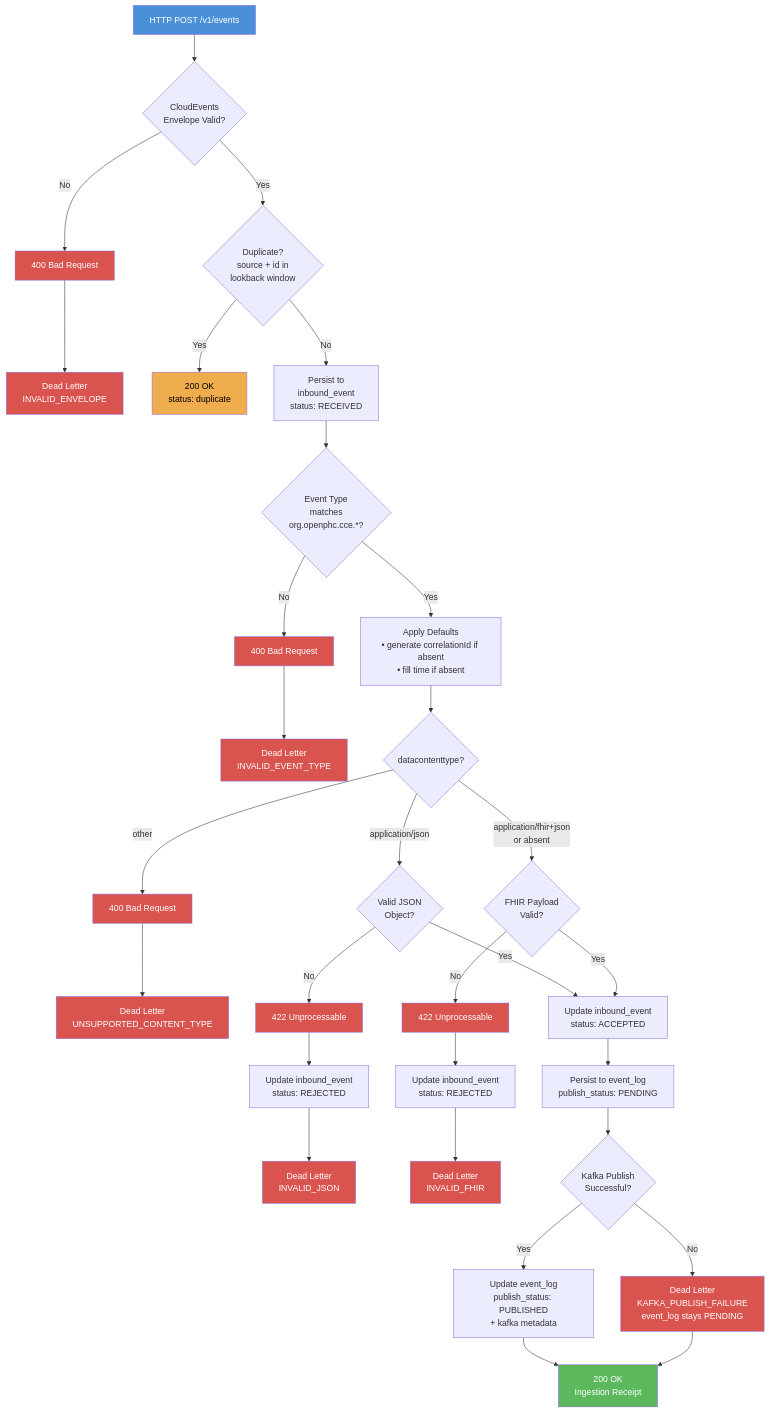
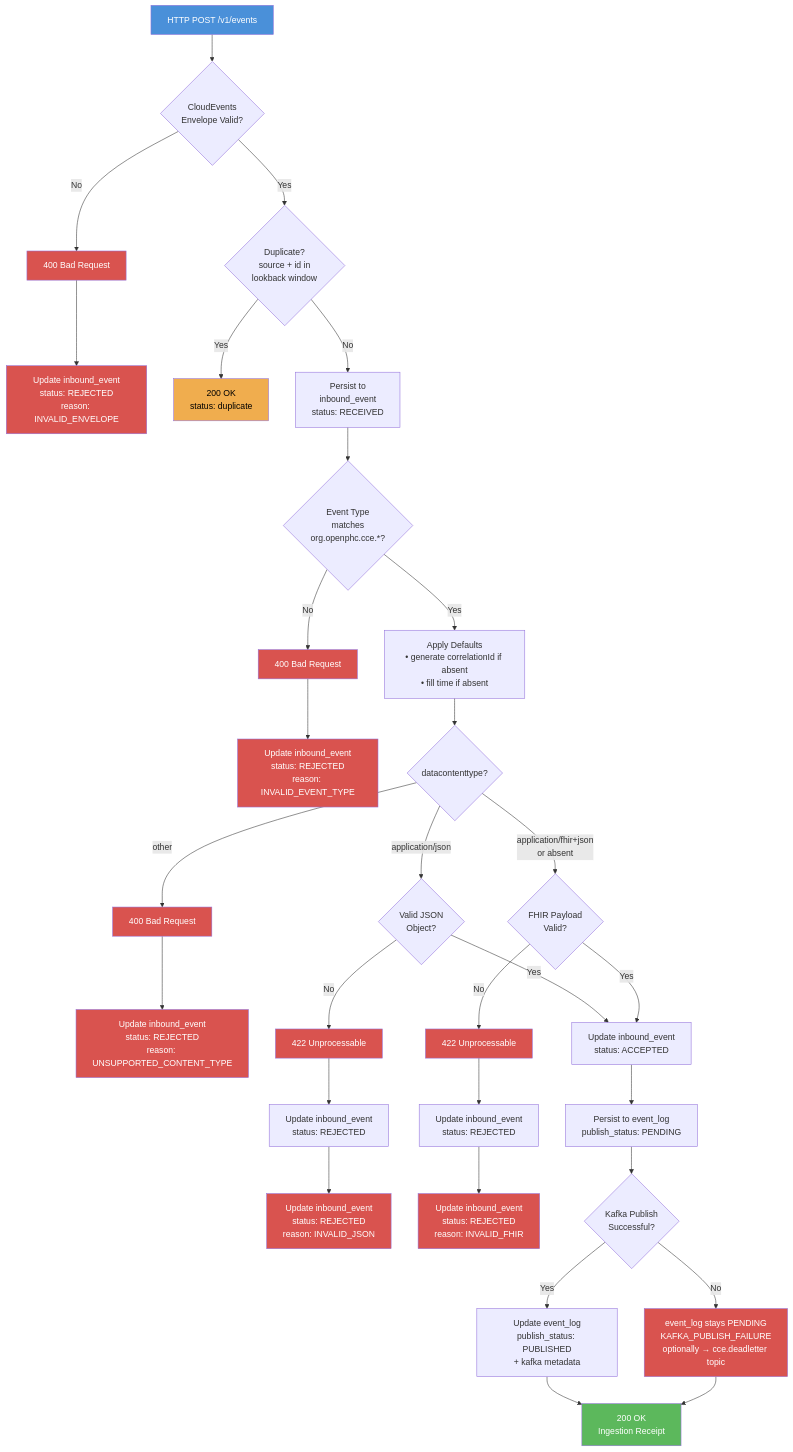
One commit to Jayaprakash8887/cce-collector-service changed the first of 8 diagrams in docs/flow-diagrams.md. Above: the diagram before and after it, drawn with Mermaid. The commit also changed other lines of this file and 6 other files, not shown here.

````diff
--- a/docs/flow-diagrams.md
+++ b/docs/flow-diagrams.md
@@ -9,47 +9,47 @@
 ```mermaid
 flowchart TD
     A[HTTP POST /v1/events] --> B{CloudEvents<br/>Envelope Valid?}
     B -->|No| C[400 Bad Request]
-    C --> C1[Dead Letter<br/>INVALID_ENVELOPE]
+    C --> C1[Update inbound_event<br/>status: REJECTED<br/>reason: INVALID_ENVELOPE]
     B -->|Yes| D{Duplicate?<br/>source + id in<br/>lookback window}
     D -->|Yes| E[200 OK<br/>status: duplicate]
     D -->|No| F[Persist to<br/>inbound_event<br/>status: RECEIVED]
     F --> G1{Event Type<br/>matches<br/>org.openphc.cce.*?}
     G1 -->|No| G1a[400 Bad Request]
-    G1a --> G1b[Dead Letter<br/>INVALID_EVENT_TYPE]
+    G1a --> G1b[Update inbound_event<br/>status: REJECTED<br/>reason: INVALID_EVENT_TYPE]
     G1 -->|Yes| G2[Apply Defaults<br/>• generate correlationId if absent<br/>• fill time if absent]
     G2 --> H0{datacontenttype?}
     H0 -->|application/fhir+json<br/>or absent| H{FHIR Payload<br/>Valid?}
     H0 -->|application/json| H3{Valid JSON<br/>Object?}
     H0 -->|other| H4[400 Bad Request]
-    H4 --> H4a[Dead Letter<br/>UNSUPPORTED_CONTENT_TYPE]
+    H4 --> H4a[Update inbound_event<br/>status: REJECTED<br/>reason: UNSUPPORTED_CONTENT_TYPE]
     H3 -->|No| H3a[422 Unprocessable]
     H3a --> H3b[Update inbound_event<br/>status: REJECTED]
-    H3b --> H3c[Dead Letter<br/>INVALID_JSON]
+    H3b --> H3c[Update inbound_event<br/>status: REJECTED<br/>reason: INVALID_JSON]
     H3 -->|Yes| J[Update inbound_event<br/>status: ACCEPTED]
     H -->|No| I[422 Unprocessable]
     I --> I1[Update inbound_event<br/>status: REJECTED]
-    I1 --> I2[Dead Letter<br/>INVALID_FHIR]
+    I1 --> I2[Update inbound_event<br/>status: REJECTED<br/>reason: INVALID_FHIR]
     H -->|Yes| J[Update inbound_event<br/>status: ACCEPTED]
     J --> K[Persist to event_log<br/>publish_status: PENDING]
     K --> L{Kafka Publish<br/>Successful?}
     L -->|Yes| M[Update event_log<br/>publish_status: PUBLISHED<br/>+ kafka metadata]
-    L -->|No| N[Dead Letter<br/>KAFKA_PUBLISH_FAILURE<br/>event_log stays PENDING]
+    L -->|No| N[event_log stays PENDING<br/>KAFKA_PUBLISH_FAILURE<br/>optionally → cce.deadletter topic]
     M --> O[200 OK<br/>Ingestion Receipt]
     N --> O
 
     style A fill:#4a90d9,color:#fff
     style E fill:#f0ad4e,color:#000
     style O fill:#5cb85c,color:#fff
     style C fill:#d9534f,color:#fff
     style I fill:#d9534f,color:#fff
     style C1 fill:#d9534f,color:#fff
     style I2 fill:#d9534f,color:#fff
     style N fill:#d9534f,color:#fff
     style G1a fill:#d9534f,color:#fff
     style G1b fill:#d9534f,color:#fff
     style H4 fill:#d9534f,color:#fff
     style H4a fill:#d9534f,color:#fff
     style H3a fill:#d9534f,color:#fff
     style H3c fill:#d9534f,color:#fff
 ```
````
